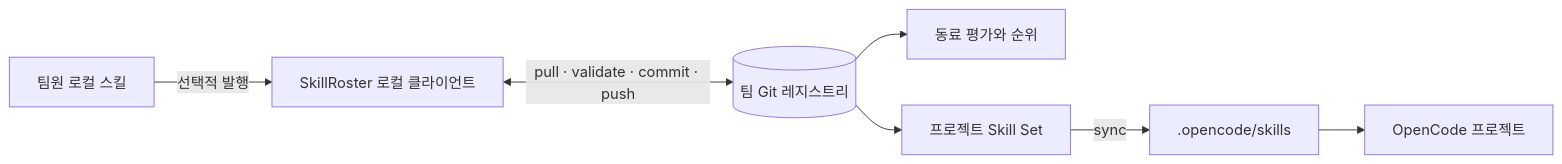
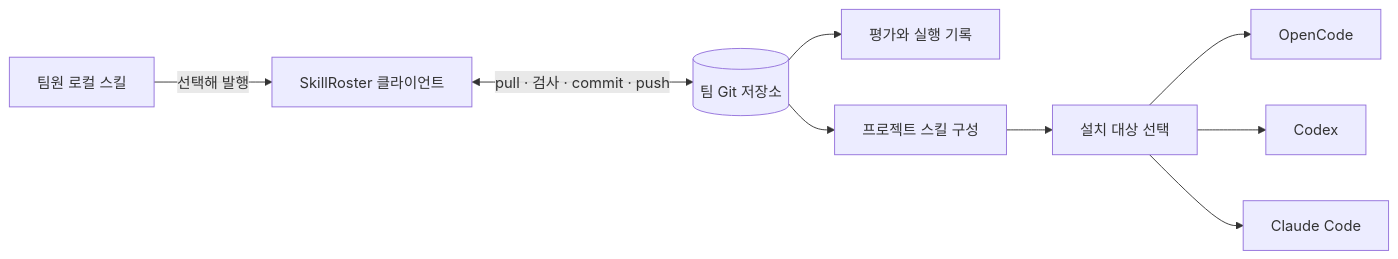
Before and after one commit to orqan137/skillroster: the diagram in README.md, drawn with Mermaid. The commit also changed other lines of this file and 54 other files, not shown here.

````diff
--- a/README.md
+++ b/README.md
@@ -74,9 +126,11 @@
 ```mermaid
 flowchart LR
-  A[팀원 로컬 스킬] -->|선택적 발행| B[SkillRoster 로컬 클라이언트]
-  B <-->|pull · validate · commit · push| C[(팀 Git 레지스트리)]
-  C --> D[동료 평가와 순위]
-  C --> E[프로젝트 Skill Set]
-  E -->|sync| F[.opencode/skills]
-  F --> G[OpenCode 프로젝트]
+  A[팀원 로컬 스킬] -->|선택해 발행| B[SkillRoster 클라이언트]
+  B <-->|pull · 검사 · commit · push| C[(팀 Git 저장소)]
+  C --> D[평가와 실행 기록]
+  C --> E[프로젝트 스킬 구성]
+  E --> F[설치 대상 선택]
+  F --> G[OpenCode]
+  F --> H[Codex]
+  F --> I[Claude Code]
 ```
````
